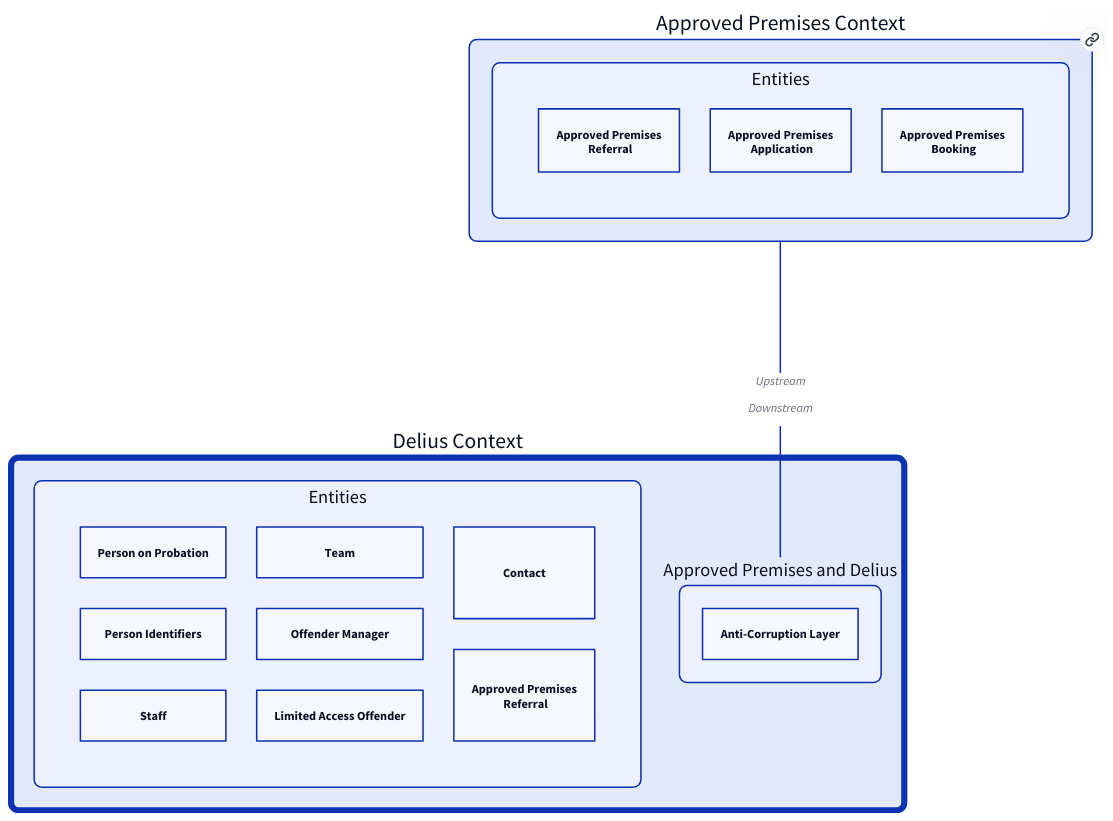
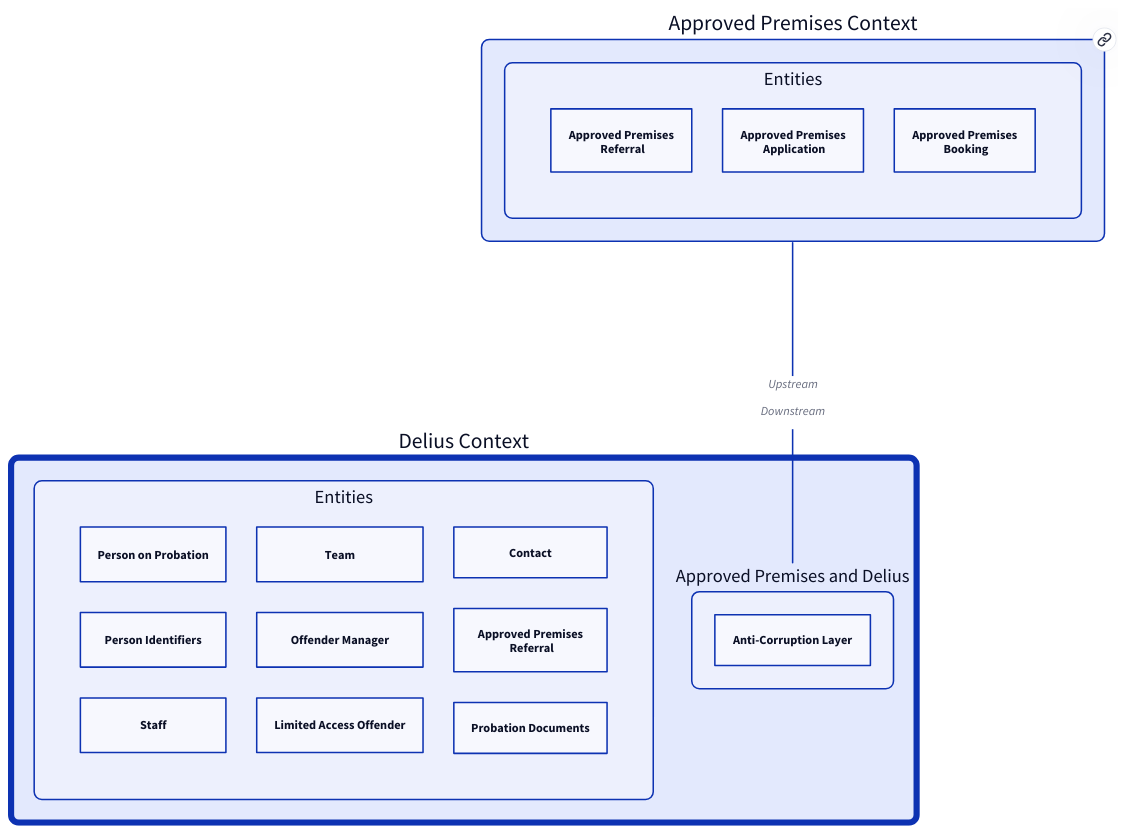
One commit to ministryofjustice/hmpps-probation-integration-services changed the diagram in projects/approved-premises-and-delius/tech-docs/diag/approved-premises-and-delius-context-map.d2. Above: the diagram before and after it, drawn with D2. The commit also changed 10 other files, not shown here.

```diff
--- a/projects/approved-premises-and-delius/tech-docs/diag/approved-premises-and-delius-context-map.d2
+++ b/projects/approved-premises-and-delius/tech-docs/diag/approved-premises-and-delius-context-map.d2
@@ -1,40 +1,41 @@
 
 style {
   fill: "#ffffff"
 }
 
 context-approved-premises: Approved Premises Context {
   link: https://github.com/ministryofjustice/hmpps-approved-premises-api
 
   entities: Entities {
     grid-columns: 3
     referral: Approved Premises\n Referral
     application: Approved Premises\n Application
     booking: Approved Premises\n Booking
   }
 }
 
 context-delius: Delius Context {
   style.stroke-width: 8
 
   entities: Entities {
     grid-columns: 3
     pop: Person on Probation
     identifiers: Person Identifiers
     staff: Staff
     team: Team
     offender-manager: Offender Manager
     lao: Limited Access\ Offender
     contact: Contact
     referral: Approved Premises\n Referral
+    documents: Probation Documents
   }
   interface: Approved Premises and Delius {
     type: Anti-Corruption Layer
   }
 }
 
 context-approved-premises--context-delius.interface: Upstream\n\n\nDownstream
 
 *.style.border-radius: 10
 *.*.style.border-radius: 10
 *.*.style.stroke-width: 2
```
